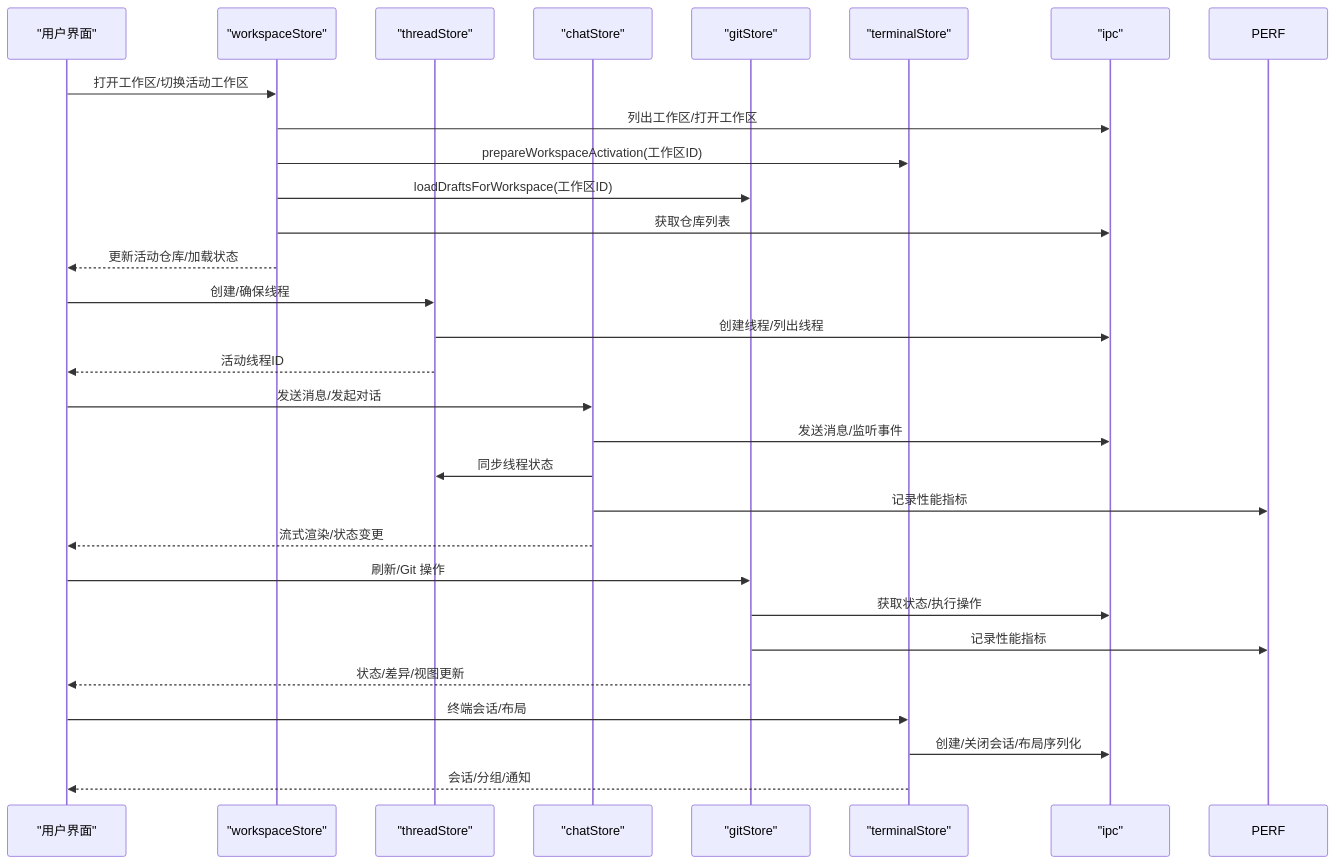
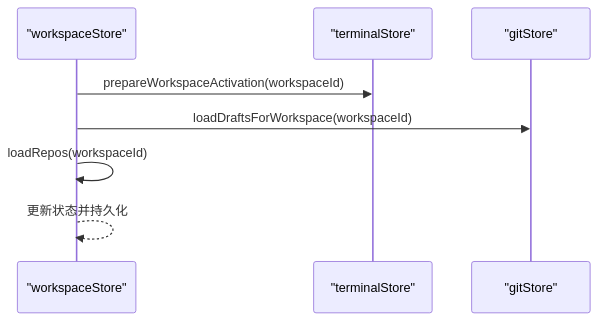
Before and after one commit to yattin/panes: the third of 5 diagrams in .qoder/repowiki/zh/content/架构设计/前端架构/状态管理架构.md, drawn with Mermaid. The commit also changed other lines of this file and 45 other files, not shown here.

````diff
--- a/.qoder/repowiki/zh/content/架构设计/前端架构/状态管理架构.md
+++ b/.qoder/repowiki/zh/content/架构设计/前端架构/状态管理架构.md
@@ -116,31 +254,10 @@
 ```mermaid
 sequenceDiagram
-participant UI as "用户界面"
 participant WS as "workspaceStore"
-participant TS as "threadStore"
-participant CS as "chatStore"
+participant TS as "terminalStore"
 participant GS as "gitStore"
-participant TE as "terminalStore"
-participant IPC as "ipc"
-UI->>WS : 打开工作区/切换活动工作区
-WS->>IPC : 列出工作区/打开工作区
-WS->>TE : prepareWorkspaceActivation(工作区ID)
-WS->>GS : loadDraftsForWorkspace(工作区ID)
-WS->>IPC : 获取仓库列表
-WS-->>UI : 更新活动仓库/加载状态
-UI->>TS : 创建/确保线程
-TS->>IPC : 创建线程/列出线程
-TS-->>UI : 活动线程ID
-UI->>CS : 发送消息/发起对话
-CS->>IPC : 发送消息/监听事件
-CS->>TS : 同步线程状态
-CS->>PERF : 记录性能指标
-CS-->>UI : 流式渲染/状态变更
-UI->>GS : 刷新/Git 操作
-GS->>IPC : 获取状态/执行操作
-GS->>PERF : 记录性能指标
-GS-->>UI : 状态/差异/视图更新
-UI->>TE : 终端会话/布局
-TE->>IPC : 创建/关闭会话/布局序列化
-TE-->>UI : 会话/分组/通知
+WS->>TS : prepareWorkspaceActivation(workspaceId)
+WS->>GS : loadDraftsForWorkspace(workspaceId)
+WS->>WS : loadRepos(workspaceId)
+WS-->>WS : 更新状态并持久化
 ```
````
